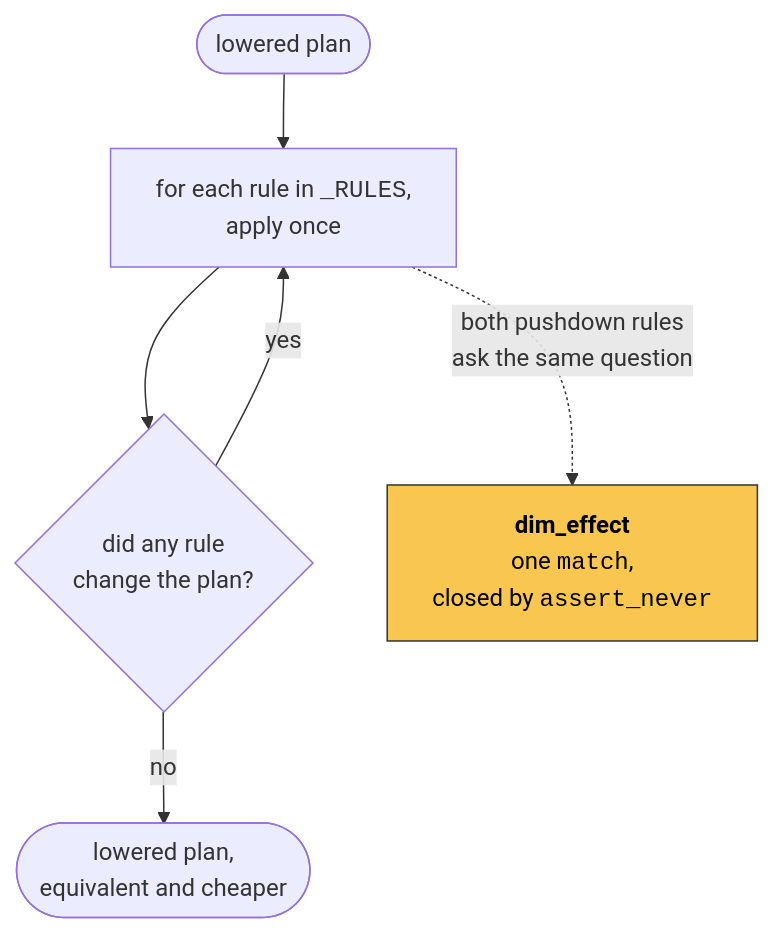
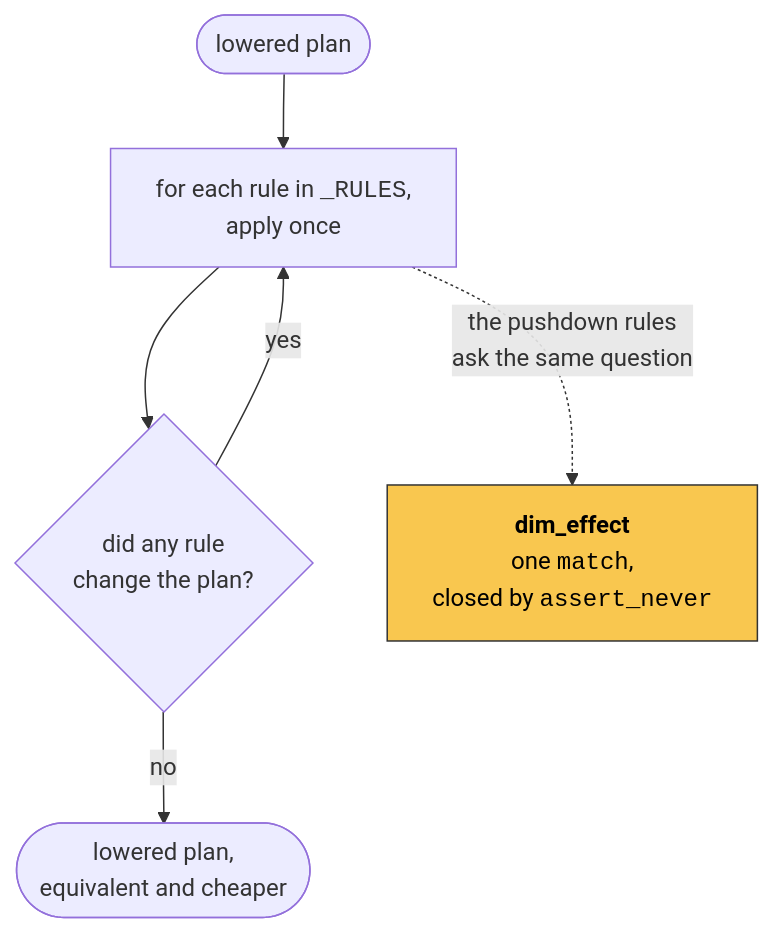
Before and after one commit to charles-turner-1/xrexpr: the diagram in docs/internals/optimiser.md, drawn with Mermaid. The commit also changed other lines of this file and 10 other files, not shown here.

````diff
--- a/docs/internals/optimiser.md
+++ b/docs/internals/optimiser.md
@@ -11,11 +11,11 @@
 ```{mermaid}
 flowchart TB
     IN(["lowered plan"]) --> LOOP
     LOOP["for each rule in <code>_RULES</code>,<br/>apply once"] --> Q{"did any rule<br/>change the plan?"}
     Q -->|yes| LOOP
     Q -->|no| OUT(["lowered plan,<br/>equivalent and cheaper"])
 
-    LOOP -.->|"both pushdown rules<br/>ask the same question"| DE["<b>dim_effect</b><br/>one <code>match</code>,<br/>closed by <code>assert_never</code>"]
+    LOOP -.->|"the pushdown rules<br/>ask the same question"| DE["<b>dim_effect</b><br/>one <code>match</code>,<br/>closed by <code>assert_never</code>"]
 
     style DE fill:#f9c74f,stroke:#333,color:#000
 ```
````
